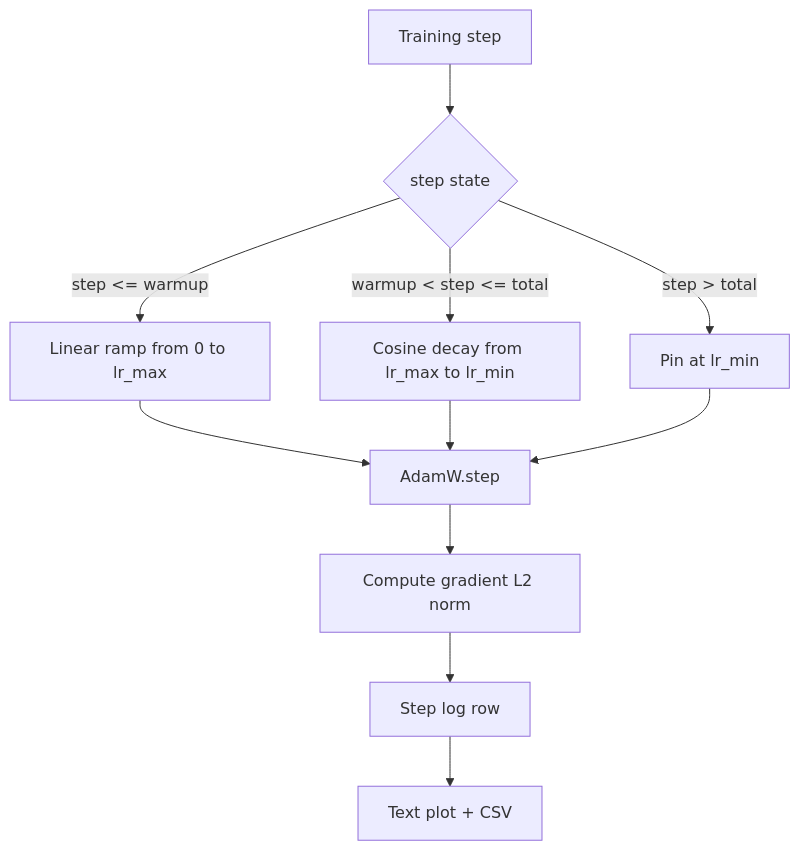
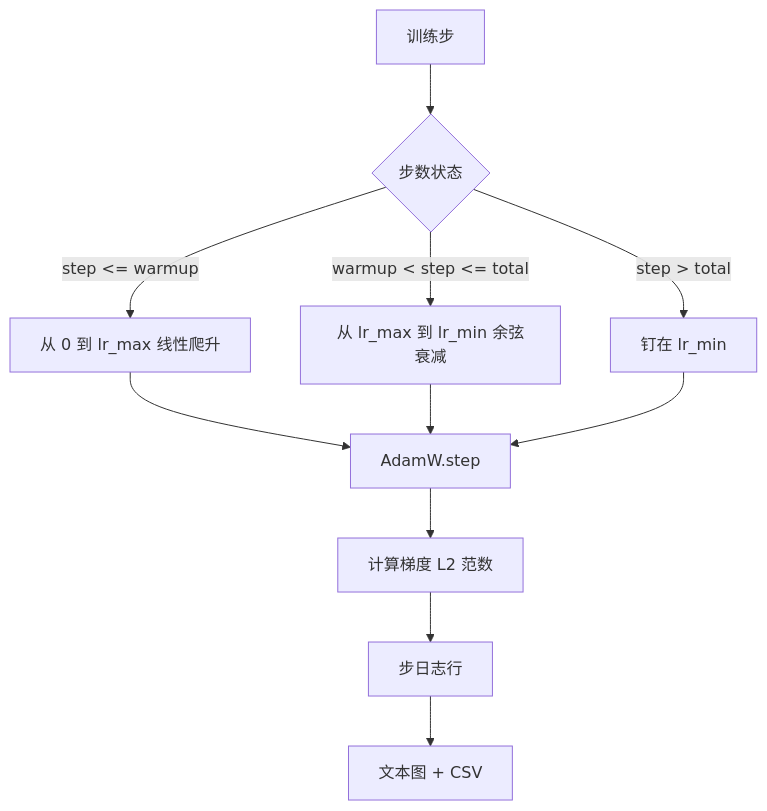
One commit to alessandrodinisio-ai/ai-engineering-learning-framework changed the diagram in phases/19-capstone-projects/44-cosine-lr-warmup/docs/zh.md. Above: the diagram before and after it, drawn with Mermaid. The commit also changed 120 other files, not shown here.

First line of the commit message:
i18n(mermaid): 337 个 mermaid 图表标签中文化

````diff
--- a/phases/19-capstone-projects/44-cosine-lr-warmup/docs/zh.md
+++ b/phases/19-capstone-projects/44-cosine-lr-warmup/docs/zh.md
@@ -27,13 +27,13 @@
 ```mermaid
 flowchart TD
-  Step[Training step] --> Branch{step state}
-  Branch -- step <= warmup --> Linear[Linear ramp from 0 to lr_max]
-  Branch -- warmup < step <= total --> Cosine[Cosine decay from lr_max to lr_min]
-  Branch -- step > total --> Floor[Pin at lr_min]
+  Step[训练步] --> Branch{步数状态}
+  Branch -- step <= warmup --> Linear[从 0 到 lr_max 线性爬升]
+  Branch -- warmup < step <= total --> Cosine[从 lr_max 到 lr_min 余弦衰减]
+  Branch -- step > total --> Floor[钉在 lr_min]
   Linear --> Apply[AdamW.step]
   Cosine --> Apply
   Floor --> Apply
-  Apply --> GradNorm[Compute gradient L2 norm]
-  GradNorm --> Log[Step log row]
-  Log --> Plot[Text plot + CSV]
+  Apply --> GradNorm[计算梯度 L2 范数]
+  GradNorm --> Log[步日志行]
+  Log --> Plot[文本图 + CSV]
 ```
````
